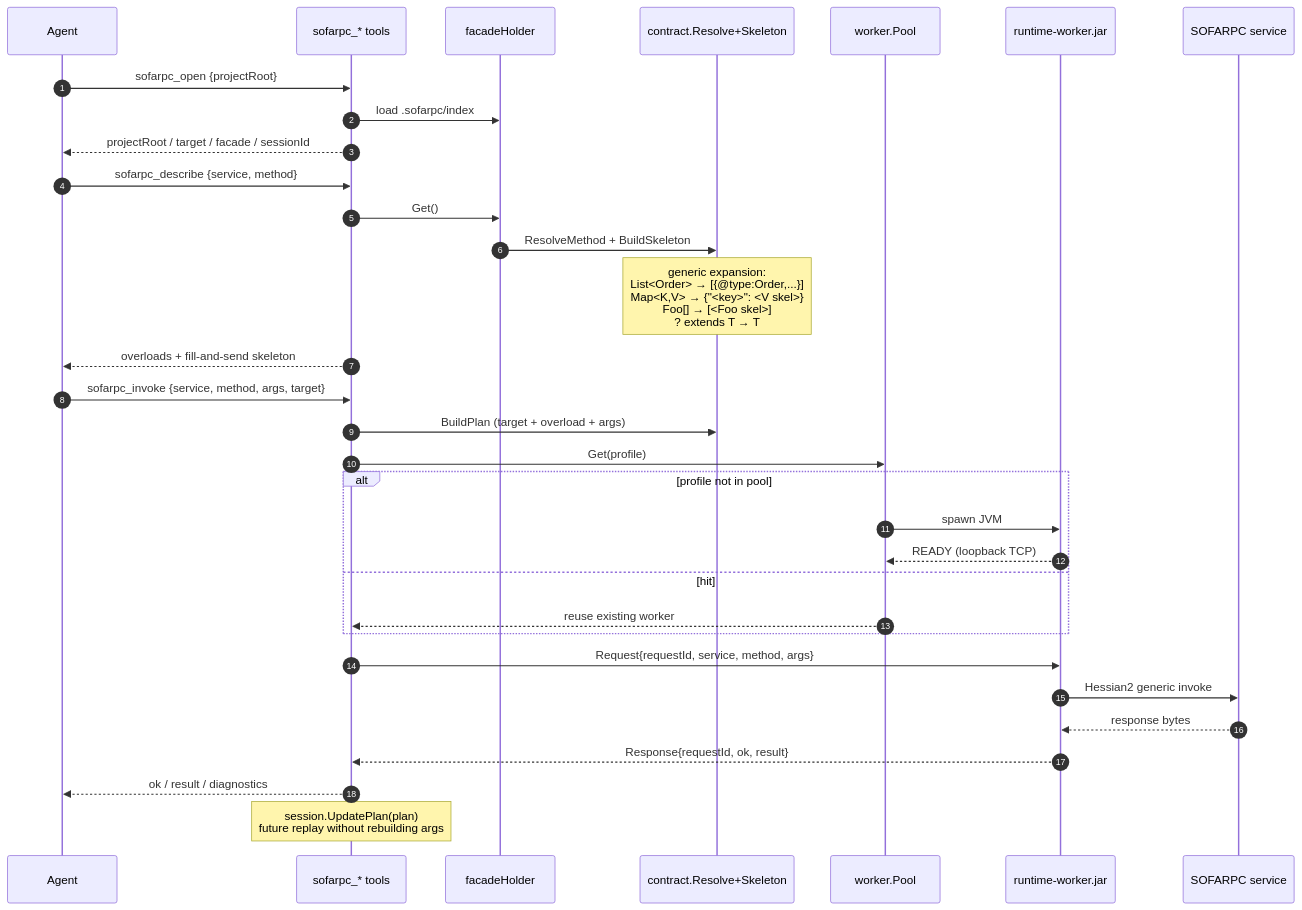
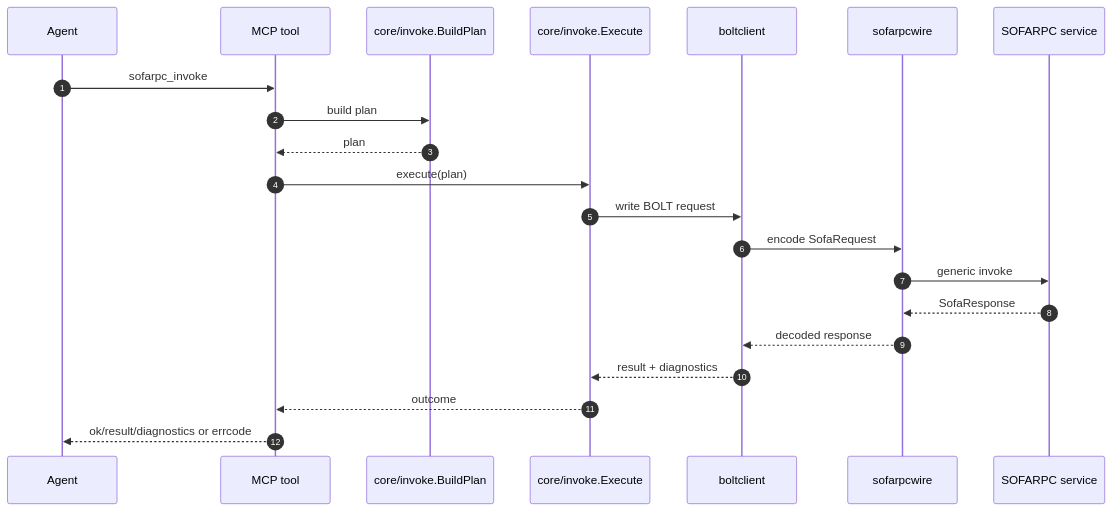
Before and after one commit to hex1n/sofarpc-cli: the second of 2 diagrams in docs/architecture.md, drawn with Mermaid. The commit also changed other lines of this file and 72 other files, not shown here.

Commit message:
refactor: switch sofarpc-cli to pure-go runtime

````diff
--- a/docs/architecture.md
+++ b/docs/architecture.md
@@ -90,37 +366,24 @@
 ```mermaid
 sequenceDiagram
     autonumber
     participant A as Agent
-    participant S as sofarpc_* tools
-    participant H as facadeHolder
-    participant C as contract.Resolve+Skeleton
-    participant P as worker.Pool
-    participant W as runtime-worker.jar
-    participant R as SOFARPC service
+    participant M as MCP tool
+    participant P as core/invoke.BuildPlan
+    participant D as core/invoke.Execute
+    participant B as boltclient
+    participant W as sofarpcwire
+    participant S as SOFARPC service
 
-    A->>S: sofarpc_open {projectRoot}
-    S->>H: load .sofarpc/index
-    S-->>A: projectRoot / target / facade / sessionId
-
-    A->>S: sofarpc_describe {service, method}
-    S->>H: Get()
-    H->>C: ResolveMethod + BuildSkeleton
-    Note over C: generic expansion:<br/>List<Order> → [{@type:Order,...}]<br/>Map<K,V> → {"<key>": <V skel>}<br/>Foo[] → [<Foo skel>]<br/>? extends T → T
-    S-->>A: overloads + fill-and-send skeleton
-
-    A->>S: sofarpc_invoke {service, method, args, target}
-    S->>C: BuildPlan (target + overload + args)
-    S->>P: Get(profile)
-    alt profile not in pool
-        P->>W: spawn JVM
-        W-->>P: READY (loopback TCP)
-    else hit
-        P-->>S: reuse existing worker
-    end
-    S->>W: Request{requestId, service, method, args}
-    W->>R: Hessian2 generic invoke
-    R-->>W: response bytes
-    W-->>S: Response{requestId, ok, result}
-    S-->>A: ok / result / diagnostics
-    Note over S: session.UpdatePlan(plan)<br/>future replay without rebuilding args
+    A->>M: sofarpc_invoke
+    M->>P: build plan
+    P-->>M: plan
+    M->>D: execute(plan)
+    D->>B: write BOLT request
+    B->>W: encode SofaRequest
+    W->>S: generic invoke
+    S-->>W: SofaResponse
+    W-->>B: decoded response
+    B-->>D: result + diagnostics
+    D-->>M: outcome
+    M-->>A: ok/result/diagnostics or errcode
 ```
````
